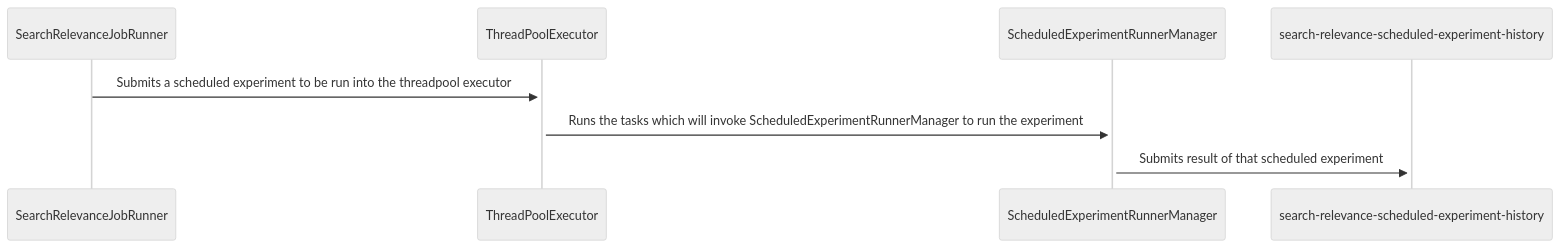
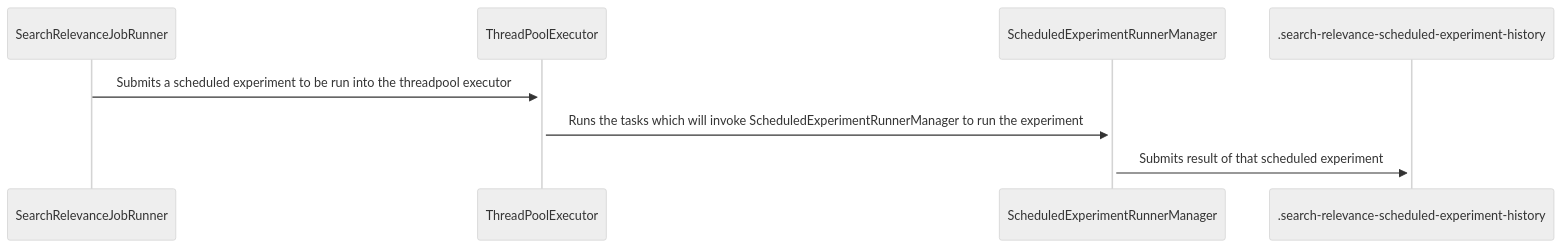
The second of 3 diagrams in DEVELOPER_GUIDE.md (opensearch-project/search-relevance), drawn with Mermaid (neutral theme) before and after one commit. The commit also changed 9 other files, not shown here.

````diff
--- a/DEVELOPER_GUIDE.md
+++ b/DEVELOPER_GUIDE.md
@@ -314,6 +314,6 @@
 ```mermaid
 sequenceDiagram
     SearchRelevanceJobRunner->>+ThreadPoolExecutor: Submits a scheduled experiment to be run into the threadpool executor
     ThreadPoolExecutor->>+ScheduledExperimentRunnerManager:Runs the tasks which will invoke ScheduledExperimentRunnerManager to run the experiment
-    ScheduledExperimentRunnerManager->>+search-relevance-scheduled-experiment-history: Submits result of that scheduled experiment
+    ScheduledExperimentRunnerManager->>+.search-relevance-scheduled-experiment-history: Submits result of that scheduled experiment
 ```
````
